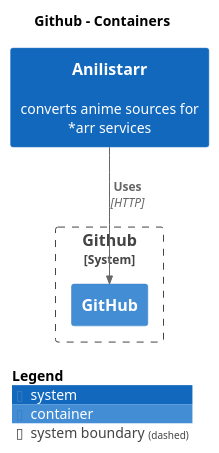
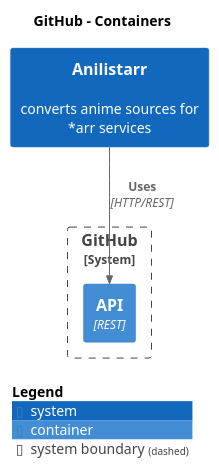
Before and after one commit to wwmoraes/anilistarr: the diagram in docs/structurizr-Container-003.puml, drawn with PlantUML. The commit also changed 151 other files, not shown here.

```diff
--- a/docs/structurizr-Container-003.puml
+++ b/docs/structurizr-Container-003.puml
@@ -1,20 +1,20 @@
 @startuml
 set separator none
-title Github - Containers
+title GitHub - Containers
 
 top to bottom direction
 
 !include <C4/C4>
 !include <C4/C4_Context>
 !include <C4/C4_Container>
 
 System(Anilistarr, "Anilistarr", $descr="converts anime sources for *arr services", $tags="", $link="")
 
-System_Boundary("Github_boundary", "Github", $tags="") {
-  Container(Github.GitHub, "GitHub", $techn="", $descr="", $tags="", $link="")
+System_Boundary("GitHub_boundary", "GitHub", $tags="") {
+  Container(GitHub.API, "API", $techn="REST", $descr="", $tags="", $link="")
 }
 
-Rel(Anilistarr, Github.GitHub, "Uses", $techn="HTTP", $tags="", $link="")
+Rel(Anilistarr, GitHub.API, "Uses", $techn="HTTP/REST", $tags="", $link="")
 
 SHOW_LEGEND(true)
 @enduml
```
